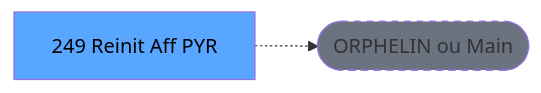
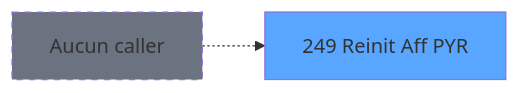
The second of 3 diagrams in .openspec/specs/ADH-IDE-249.md (thonyAGP/magic-migration), drawn with Mermaid before and after one commit. The commit also changed other lines of this file and 493 other files, not shown here.

````diff
--- a/.openspec/specs/ADH-IDE-249.md
+++ b/.openspec/specs/ADH-IDE-249.md
@@ -121,8 +166,8 @@
 ```mermaid
 graph LR
-    T[249 Reinit Aff PYR]
-    ORPHAN([ORPHELIN ou Main])
-    T -.-> ORPHAN
-    style T fill:#58a6ff,color:#000
-    style ORPHAN fill:#6b7280,stroke-dasharray: 5 5
+    T249[249 Reinit Aff PYR]
+    style T249 fill:#58a6ff
+    NONE[Aucun caller]
+    NONE -.-> T249
+    style NONE fill:#6b7280,stroke-dasharray: 5 5
 ```
````
